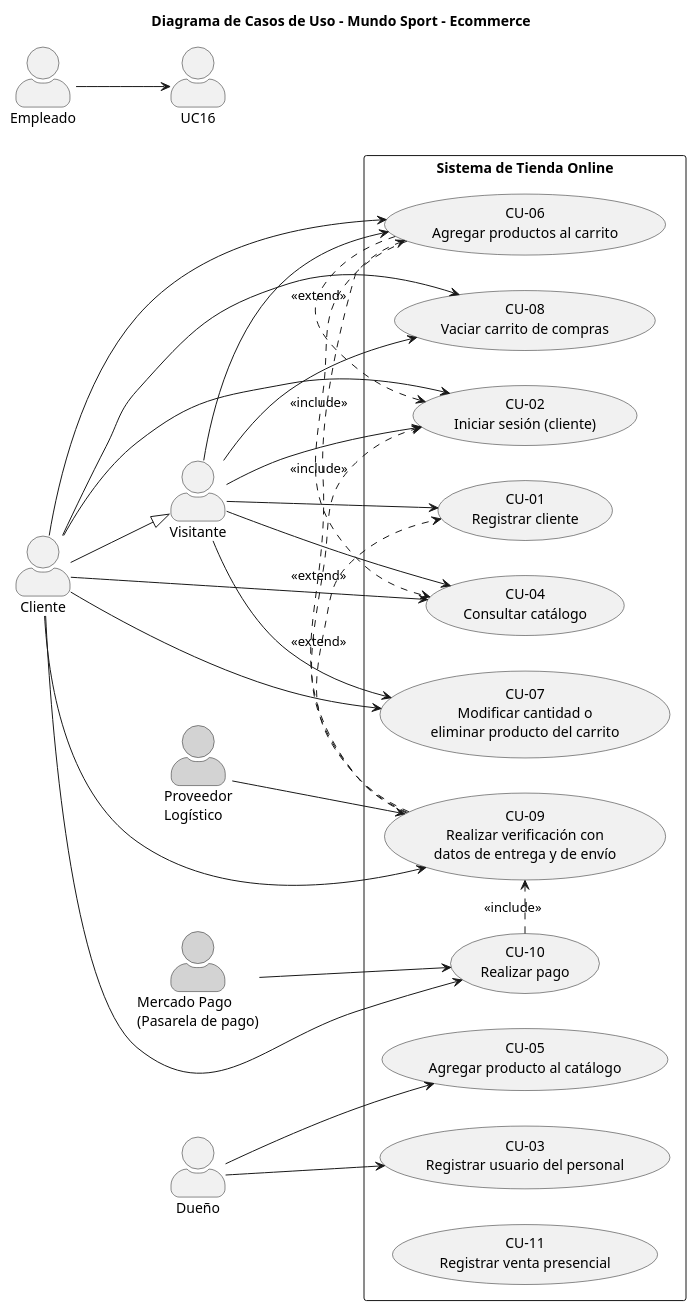
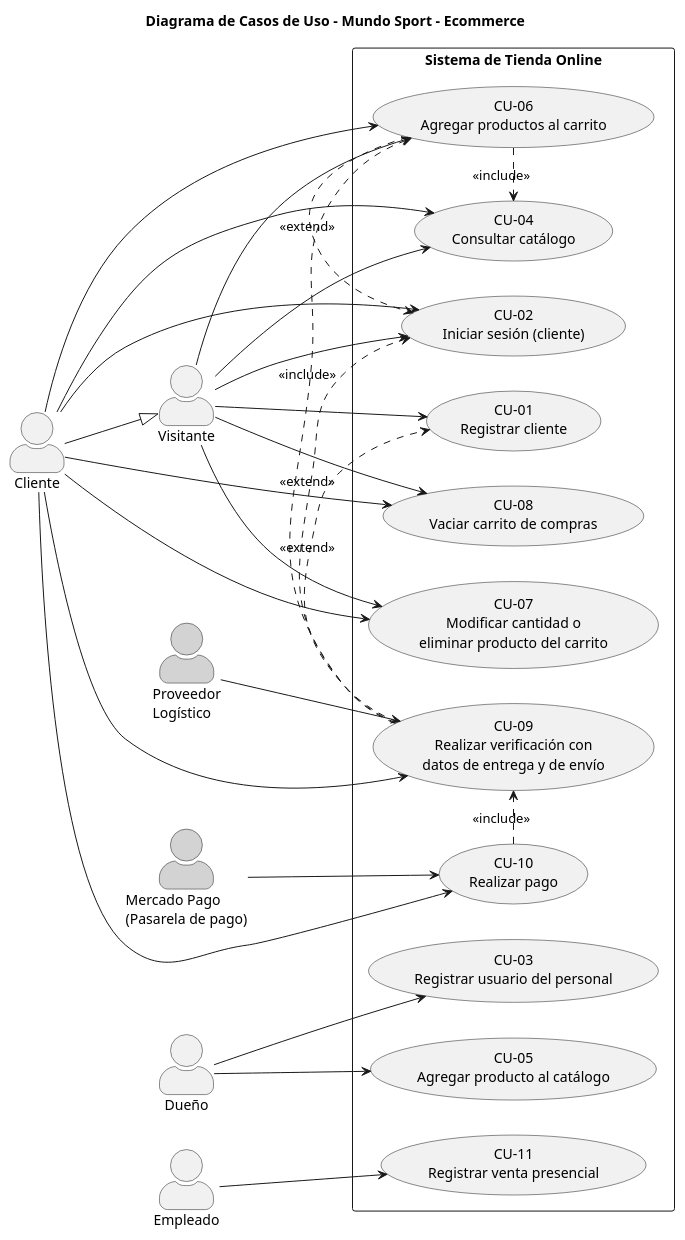
One commit to Danieljaime21/eidas-grupo05-revision changed the diagram in diagramas/casos-de-uso.puml. Above: the diagram before and after it, drawn with PlantUML.

Commit message:
Se corrigió error de tipeo - diagramas CU

```diff
--- a/diagramas/casos-de-uso.puml
+++ b/diagramas/casos-de-uso.puml
@@ -1,68 +1,68 @@
 @startuml
 title Diagrama de Casos de Uso - Mundo Sport - Ecommerce
 
 left to right direction
 skinparam packageStyle rectangle
 skinparam actorStyle awesome
 
 ' --- Actores ---
 actor "Visitante" as Visitante
 actor "Cliente" as Cliente
 actor "Dueño" as Dueno
 actor "Empleado" as Empleado
 actor "Proveedor\nLogístico" as Proveedor #LightGray
 actor "Mercado Pago\n(Pasarela de pago)" as MP #LightGray
 
 ' Herencia: Cliente es un Visitante autenticado
 Cliente --|> Visitante
 
 ' --- Sistema ---
 rectangle "Sistema de Tienda Online" {
   usecase "CU-01\nRegistrar cliente" as UC01
   usecase "CU-02\nIniciar sesión (cliente)" as UC02
   usecase "CU-03\nRegistrar usuario del personal" as UC03
   usecase "CU-04\nConsultar catálogo" as UC04
   usecase "CU-05\nAgregar producto al catálogo" as UC05
   usecase "CU-06\nAgregar productos al carrito" as UC06
   usecase "CU-07\nModificar cantidad o\neliminar producto del carrito" as UC07
   usecase "CU-08\nVaciar carrito de compras" as UC08
   usecase "CU-09\nRealizar verificación con\ndatos de entrega y de envío" as UC09
   usecase "CU-10\nRealizar pago" as UC10
   usecase "CU-11\nRegistrar venta presencial" as UC11
 }
 
 ' --- Relaciones actor - caso de uso ---
 Visitante --> UC01
 Visitante --> UC02
 Visitante --> UC04
 Visitante --> UC06
 Visitante --> UC07
 Visitante --> UC08
 
 Cliente --> UC02
 Cliente --> UC04
 Cliente --> UC06
 Cliente --> UC07
 Cliente --> UC08
 Cliente --> UC09
 Cliente --> UC10
 
 Dueno --> UC03
 Dueno --> UC05
 
-Empleado --> UC16
+Empleado --> UC11
 
 Proveedor --> UC09
 MP --> UC10
 
 ' --- Relaciones entre casos de uso ---
 UC06 .> UC04 : <<include>>
 UC09 .> UC06 : <<include>>
 UC10 .> UC09 : <<include>>
 
 UC09 .> UC02 : <<extend>>
 UC09 .> UC01 : <<extend>>
 UC06 .> UC02 : <<extend>>
 
 
 @enduml
```
